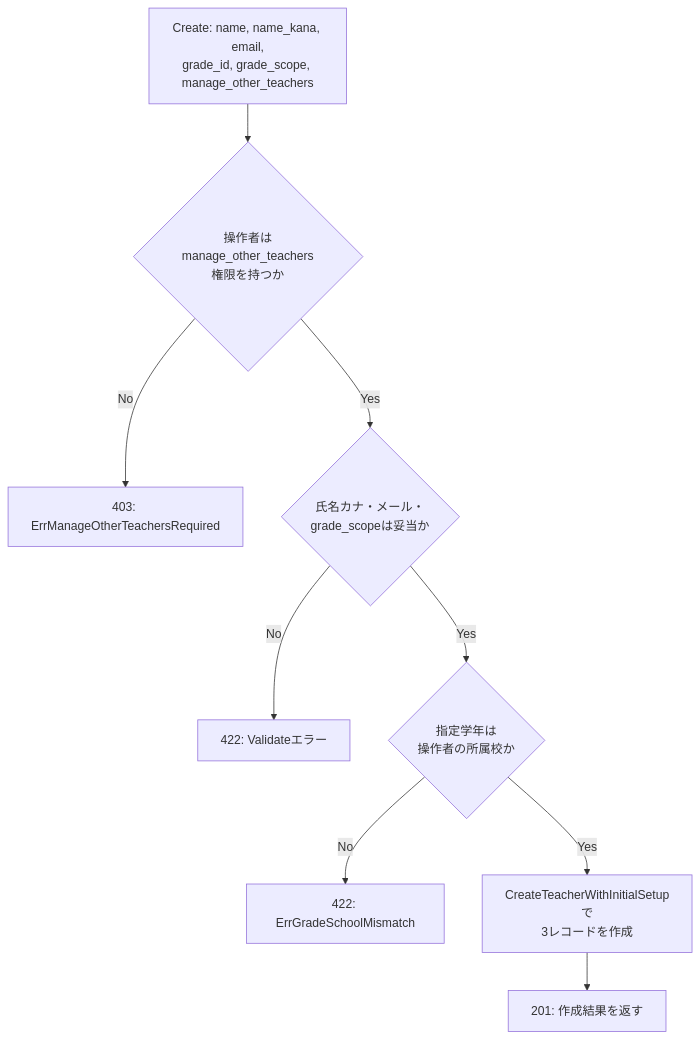
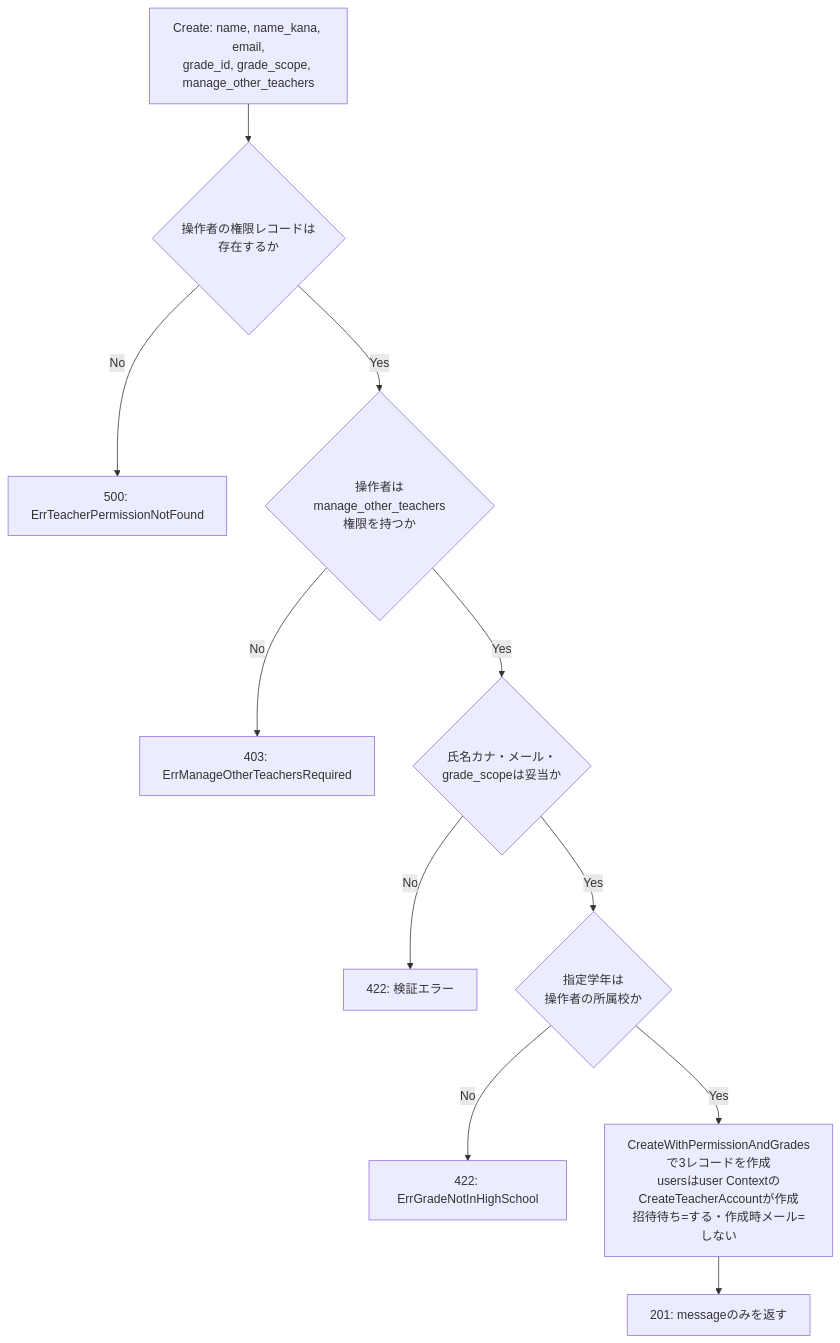
One commit to yuta20253/edu-platform-go-design changed the third of 3 diagrams in 計画書/Go実装仕様書/教師教員管理機能_Go実装仕様書.md. Above: the diagram before and after it, drawn with Mermaid. The commit also changed other lines of this file and 34 other files, not shown here.

````diff
--- a/計画書/Go実装仕様書/教師教員管理機能_Go実装仕様書.md
+++ b/計画書/Go実装仕様書/教師教員管理機能_Go実装仕様書.md
@@ -253,11 +284,13 @@
 ```mermaid
 flowchart TD
-    A[Create: name, name_kana, email,<br/>grade_id, grade_scope, manage_other_teachers] --> B{操作者はmanage_other_teachers<br/>権限を持つか}
+    A[Create: name, name_kana, email,<br/>grade_id, grade_scope, manage_other_teachers] --> A1{操作者の権限レコードは<br/>存在するか}
+    A1 -- No --> E0[500: ErrTeacherPermissionNotFound]
+    A1 -- Yes --> B{操作者はmanage_other_teachers<br/>権限を持つか}
     B -- No --> E1[403: ErrManageOtherTeachersRequired]
     B -- Yes --> C{氏名カナ・メール・<br/>grade_scopeは妥当か}
-    C -- No --> E2[422: Validateエラー]
+    C -- No --> E2[422: 検証エラー]
     C -- Yes --> D{指定学年は<br/>操作者の所属校か}
-    D -- No --> E3[422: ErrGradeSchoolMismatch]
-    D -- Yes --> F[CreateTeacherWithInitialSetupで<br/>3レコードを作成]
-    F --> G[201: 作成結果を返す]
+    D -- No --> E3[422: ErrGradeNotInHighSchool]
+    D -- Yes --> F[CreateWithPermissionAndGradesで3レコードを作成<br/>usersはuser ContextのCreateTeacherAccountが作成<br/>招待待ち=する・作成時メール=しない]
+    F --> G[201: messageのみを返す]
 ```
````
